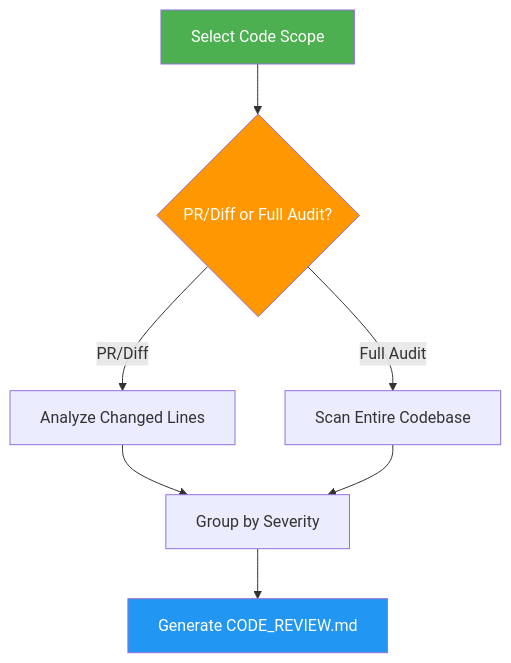
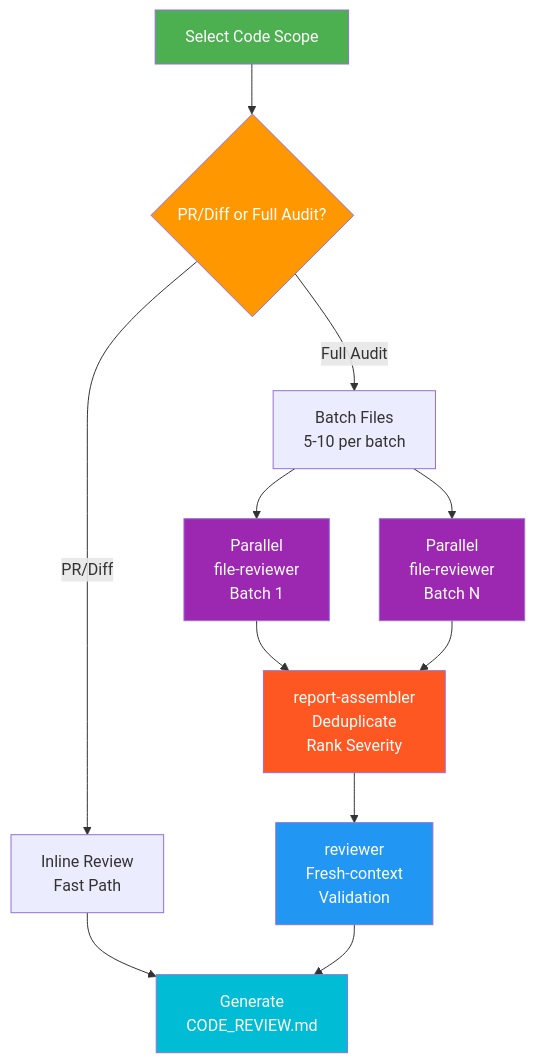
The diagram in skills/code-review/README.md (luongnv89/skills), drawn with Mermaid before and after one commit. The commit also changed other lines of this file and 23 other files, not shown here.

````diff
--- a/skills/code-review/README.md
+++ b/skills/code-review/README.md
@@ -23,12 +33,20 @@
 ```mermaid
 graph TD
     A["Select Code Scope"] --> B{"PR/Diff or Full Audit?"}
-    B -->|PR/Diff| C["Analyze Changed Lines"]
-    B -->|Full Audit| D["Scan Entire Codebase"]
-    C --> E["Group by Severity"]
-    D --> E
-    E --> F["Generate CODE_REVIEW.md"]
+    B -->|PR/Diff| C["Inline Review<br/>Fast Path"]
+    B -->|Full Audit| D["Batch Files<br/>5-10 per batch"]
+    C --> F["Generate<br/>CODE_REVIEW.md"]
+    D --> E1["Parallel<br/>file-reviewer<br/>Batch 1"]
+    D --> E2["Parallel<br/>file-reviewer<br/>Batch N"]
+    E1 --> G["report-assembler<br/>Deduplicate<br/>Rank Severity"]
+    E2 --> G
+    G --> H["reviewer<br/>Fresh-context<br/>Validation"]
+    H --> F
     style A fill:#4CAF50,color:#fff
     style B fill:#FF9800,color:#fff
-    style F fill:#2196F3,color:#fff
+    style E1 fill:#9C27B0,color:#fff
+    style E2 fill:#9C27B0,color:#fff
+    style G fill:#FF5722,color:#fff
+    style H fill:#2196F3,color:#fff
+    style F fill:#00BCD4,color:#fff
 ```
````
